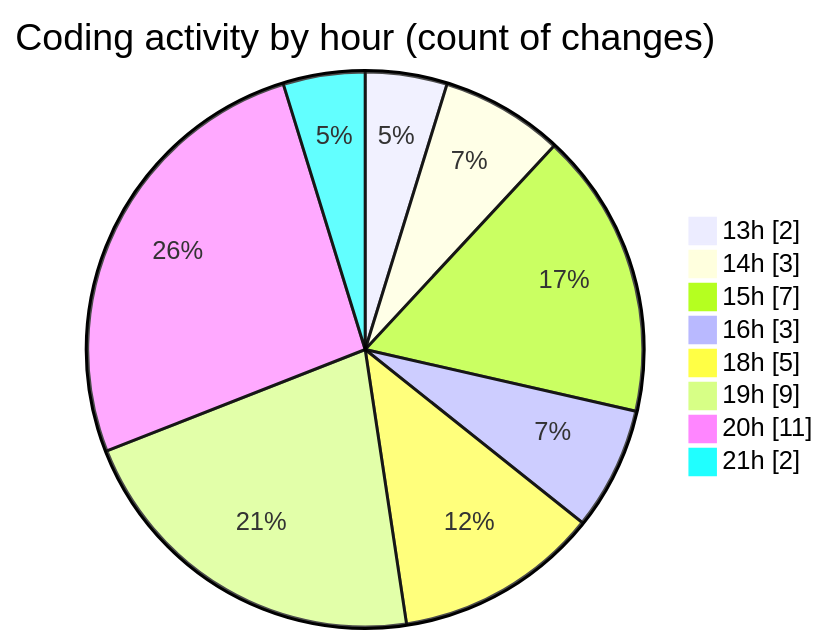
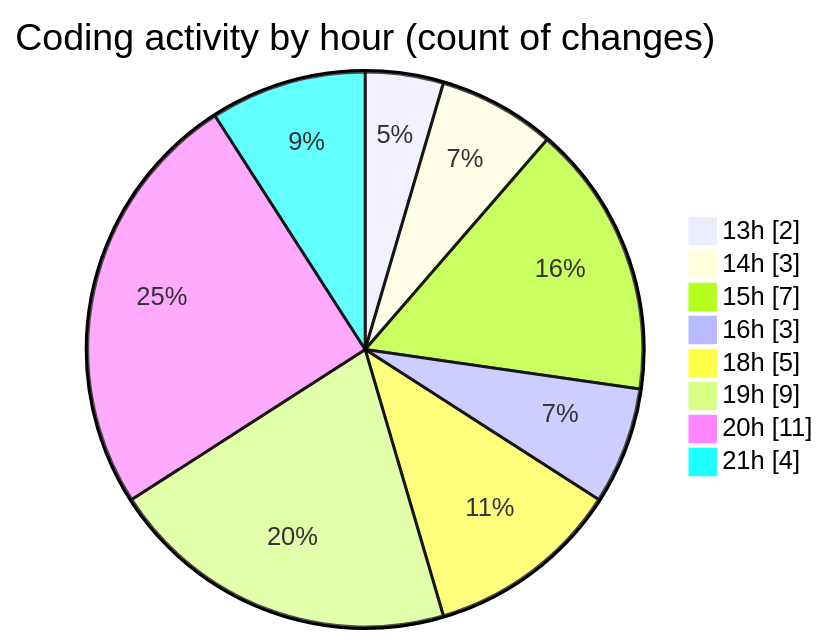
Before and after one commit to julien-gomy/code-tracking: the second of 2 diagrams in 2025-11-14/cdp_aleoudev_fr__workspace_/README.md, drawn with Mermaid. The commit also changed other lines of this file and 1 other file, not shown here.

````diff
--- a/2025-11-14/cdp_aleoudev_fr__workspace_/README.md
+++ b/2025-11-14/cdp_aleoudev_fr__workspace_/README.md
@@ -41,12 +41,12 @@
 ```mermaid
 pie showData
 title Coding activity by hour (count of changes)
 "13h" : 2
 "14h" : 3
 "15h" : 7
 "16h" : 3
 "18h" : 5
 "19h" : 9
 "20h" : 11
-"21h" : 2
+"21h" : 4
 ```
````
